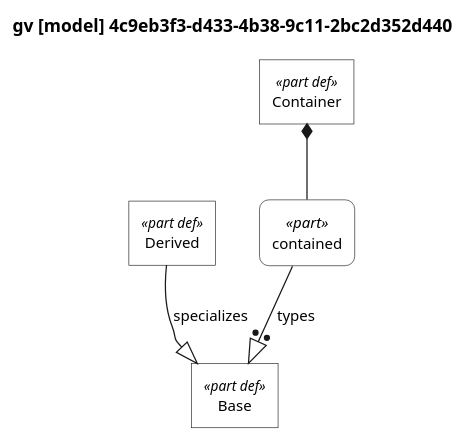
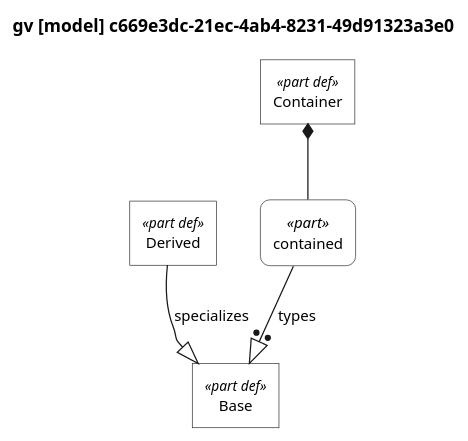
Before and after one commit to mycr0ft/sysml2py: the diagram in docs/plantuml-examples/02-relationships.puml, drawn with PlantUML. The commit also changed 27 other files, not shown here.

```diff
--- a/docs/plantuml-examples/02-relationships.puml
+++ b/docs/plantuml-examples/02-relationships.puml
@@ -1,116 +1,116 @@
 @startuml
 
 skinparam monochrome true
 skinparam wrapWidth 300
 skinparam defaultFontSize 12
 skinparam defaultFontName Helvetica
 
 ' Definitions: sharp corners, plain background
 skinparam rectangle<<part def>> {
     RoundCorner 0
     BackgroundColor white
     StereotypeFontSize 11
 }
 skinparam rectangle<<item def>> {
     RoundCorner 0
     BackgroundColor white
 }
 skinparam rectangle<<attribute def>> {
     RoundCorner 0
     BackgroundColor white
 }
 skinparam rectangle<<port def>> {
     RoundCorner 0
     BackgroundColor white
 }
 skinparam rectangle<<action def>> {
     RoundCorner 0
     BackgroundColor white
 }
 skinparam rectangle<<state def>> {
     RoundCorner 0
     BackgroundColor white
 }
 skinparam rectangle<<requirement def>> {
     RoundCorner 0
     BackgroundColor white
 }
 skinparam rectangle<<view def>> {
     RoundCorner 0
     BackgroundColor white
 }
 skinparam rectangle<<viewpoint def>> {
     RoundCorner 0
     BackgroundColor white
 }
 skinparam rectangle<<enumeration def>> {
     RoundCorner 0
     BackgroundColor white
 }
 
 ' Usages: rounded corners, plain background
 skinparam rectangle<<part>> {
     RoundCorner 15
     BackgroundColor white
 }
 skinparam rectangle<<item>> {
     RoundCorner 15
     BackgroundColor white
 }
 skinparam rectangle<<attribute>> {
     RoundCorner 15
     BackgroundColor white
 }
 skinparam rectangle<<port>> {
     RoundCorner 15
     BackgroundColor white
 }
 skinparam rectangle<<action>> {
     RoundCorner 15
     BackgroundColor white
 }
 skinparam rectangle<<state>> {
     RoundCorner 15
     BackgroundColor white
 }
 skinparam rectangle<<requirement>> {
     RoundCorner 15
     BackgroundColor white
 }
 skinparam rectangle<<view>> {
     RoundCorner 15
     BackgroundColor white
 }
 skinparam rectangle<<viewpoint>> {
     RoundCorner 15
     BackgroundColor white
 }
 skinparam rectangle<<enumeration>> {
     RoundCorner 15
     BackgroundColor white
 }
 
 ' Views as folders
 skinparam folder<<view def>> {
     BackgroundColor white
 }
 skinparam folder<<view>> {
     BackgroundColor white
 }
 
 top to bottom direction
 
-title gv [model] 4c9eb3f3-d433-4b38-9c11-2bc2d352d440
+title gv [model] c669e3dc-21ec-4ab4-8231-49d91323a3e0
 
 hide circle
 
 rectangle "Base" as E1 <<part def>>
 rectangle "Derived" as E2 <<part def>>
 rectangle "Container" as E3 <<part def>>
 rectangle "contained" as E4 <<part>>
 
 E2 --|> E1 : specializes
 E3 *-- E4
 E4 --:|> E1 : types
 
 @enduml
```
